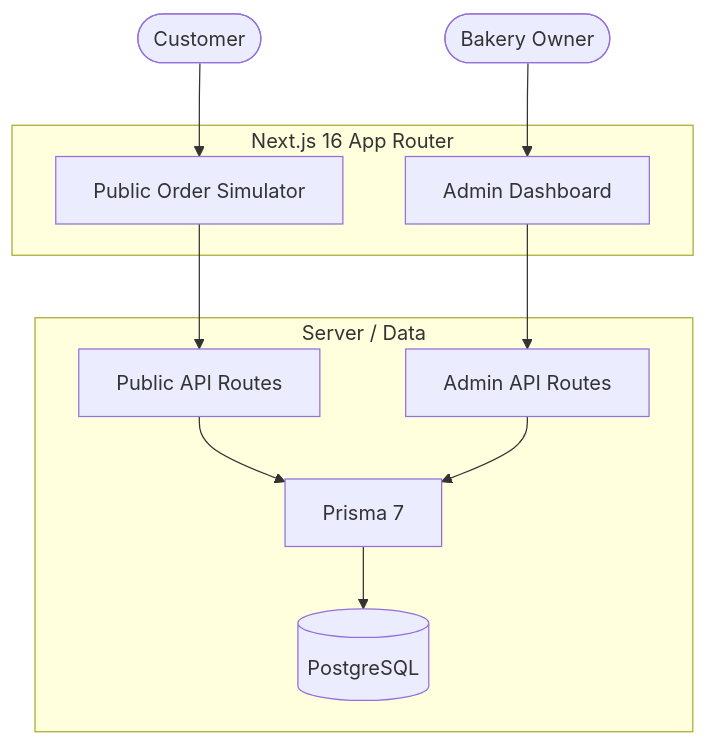
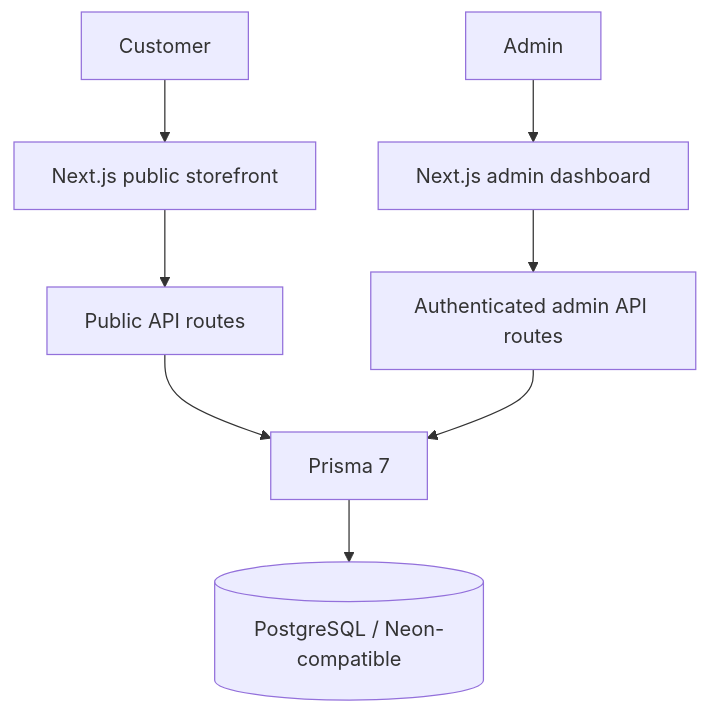
The diagram in README.md (Gyliardson/lmere-studio), drawn with Mermaid before and after one commit. The commit also changed other lines of this file and 32 other files, not shown here.

````diff
--- a/README.md
+++ b/README.md
@@ -67,25 +77,10 @@
 ```mermaid
 flowchart TD
-    Customer(["Customer"])
-    Owner(["Bakery Owner"])
-
-    subgraph Frontend["Next.js 16 App Router"]
-        Simulator["Public Order Simulator"]
-        CMS["Admin Dashboard"]
-    end
-
-    subgraph Backend["Server / Data"]
-        APIPub["Public API Routes"]
-        APIAdm["Admin API Routes"]
-        ORM["Prisma 7"]
-        DB[("PostgreSQL")]
-    end
-
-    Customer --> Simulator
-    Owner --> CMS
-    Simulator --> APIPub
-    CMS --> APIAdm
-    APIPub --> ORM
-    APIAdm --> ORM
-    ORM --> DB
+    Customer[Customer] --> Storefront[Next.js public storefront]
+    Admin[Admin] --> Dashboard[Next.js admin dashboard]
+    Storefront --> PublicAPI[Public API routes]
+    Dashboard --> AdminAPI[Authenticated admin API routes]
+    PublicAPI --> Prisma[Prisma 7]
+    AdminAPI --> Prisma
+    Prisma --> PostgreSQL[(PostgreSQL / Neon-compatible)]
 ```
````
